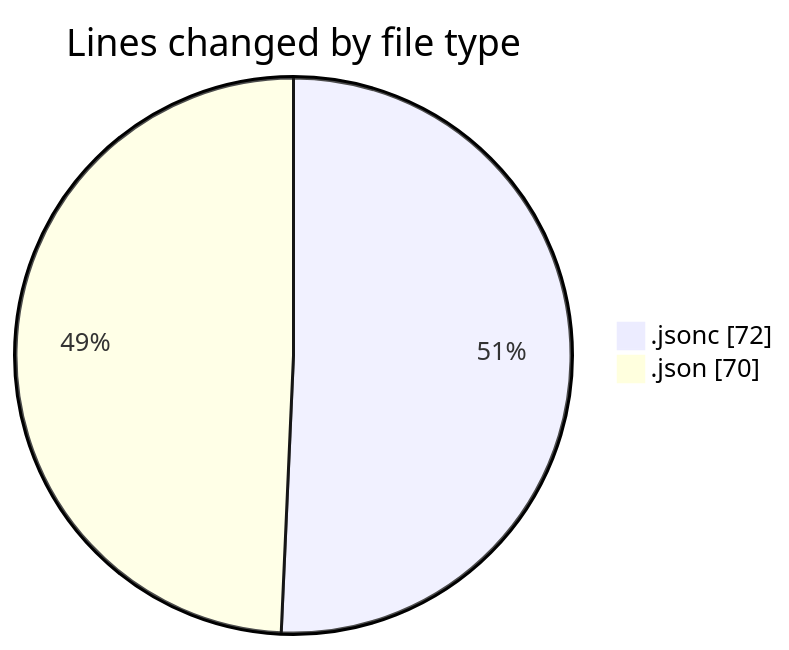
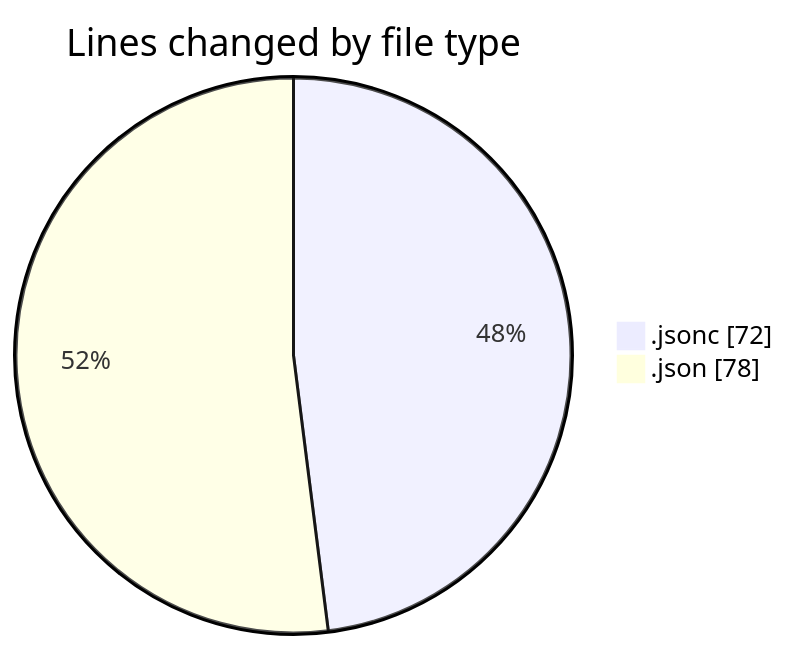
Before and after one commit to EIIisD/code-tracking: the first of 2 diagrams in 2025-08-03/opencode/README.md, drawn with Mermaid. The commit also changed other lines of this file and 1 other file, not shown here.

````diff
--- a/2025-08-03/opencode/README.md
+++ b/2025-08-03/opencode/README.md
@@ -22,6 +22,6 @@
 ```mermaid
 pie showData
 title Lines changed by file type
 ".jsonc" : 72
-".json" : 70
+".json" : 78
 ```
````
